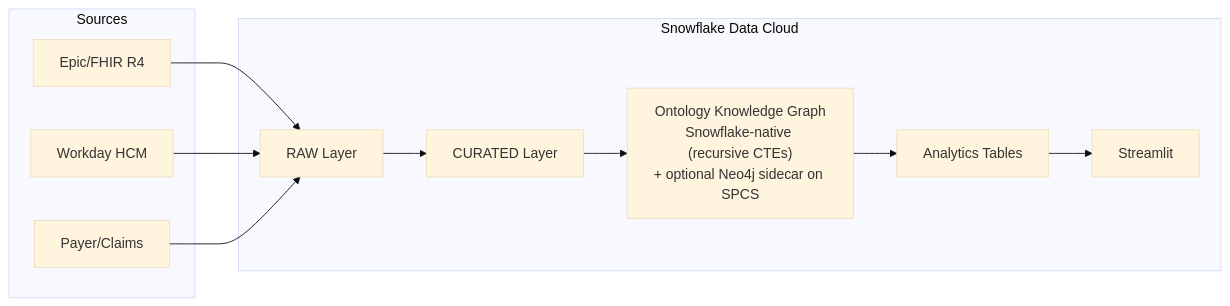
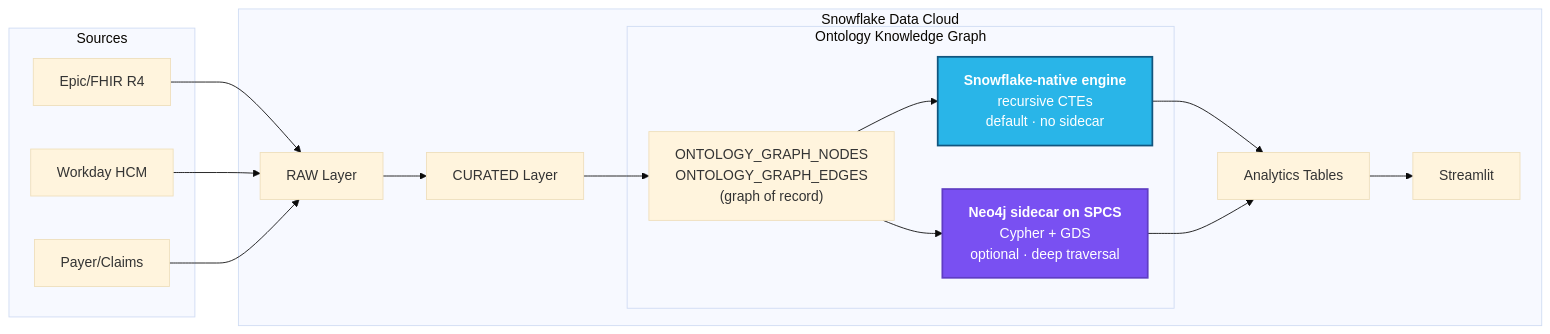
Before and after one commit to sfc-gh-smitchener-1/snowflake-dca-fullstack-demo: the first of 2 diagrams in industry-demos/hcls/README.md, drawn with Mermaid (base theme). The commit also changed 3 other files, not shown here.

````diff
--- a/industry-demos/hcls/README.md
+++ b/industry-demos/hcls/README.md
@@ -23,24 +23,36 @@
 ```mermaid
 graph LR
     subgraph Sources
         EPIC["Epic/FHIR R4"]
         WD["Workday HCM"]
         PAYER["Payer/Claims"]
     end
 
-    subgraph "Snowflake Data Cloud"
+    subgraph SF["Snowflake Data Cloud"]
         RAW["RAW Layer"]
         CUR["CURATED Layer"]
-        KG["Ontology Knowledge Graph<br/>Snowflake-native (recursive CTEs)<br/>+ optional Neo4j sidecar on SPCS"]
+        subgraph KG["Ontology Knowledge Graph"]
+            NODES["ONTOLOGY_GRAPH_NODES<br/>ONTOLOGY_GRAPH_EDGES<br/>(graph of record)"]
+            SF_ENG["<b>Snowflake-native engine</b><br/>recursive CTEs<br/>default · no sidecar"]
+            NEO_ENG["<b>Neo4j sidecar on SPCS</b><br/>Cypher + GDS<br/>optional · deep traversal"]
+        end
         ANA["Analytics Tables"]
         SIS["Streamlit"]
     end
 
     EPIC --> RAW
     WD --> RAW
     PAYER --> RAW
     RAW --> CUR
-    CUR --> KG
-    KG --> ANA
+    CUR --> NODES
+    NODES --> SF_ENG
+    NODES --> NEO_ENG
+    SF_ENG --> ANA
+    NEO_ENG --> ANA
     ANA --> SIS
+
+    classDef snowflake fill:#29B5E8,stroke:#11567F,color:#fff,stroke-width:2px
+    classDef graphdb fill:#7950F2,stroke:#5F3DC4,color:#fff,stroke-width:2px
+    class SF_ENG snowflake
+    class NEO_ENG graphdb
 ```
````
